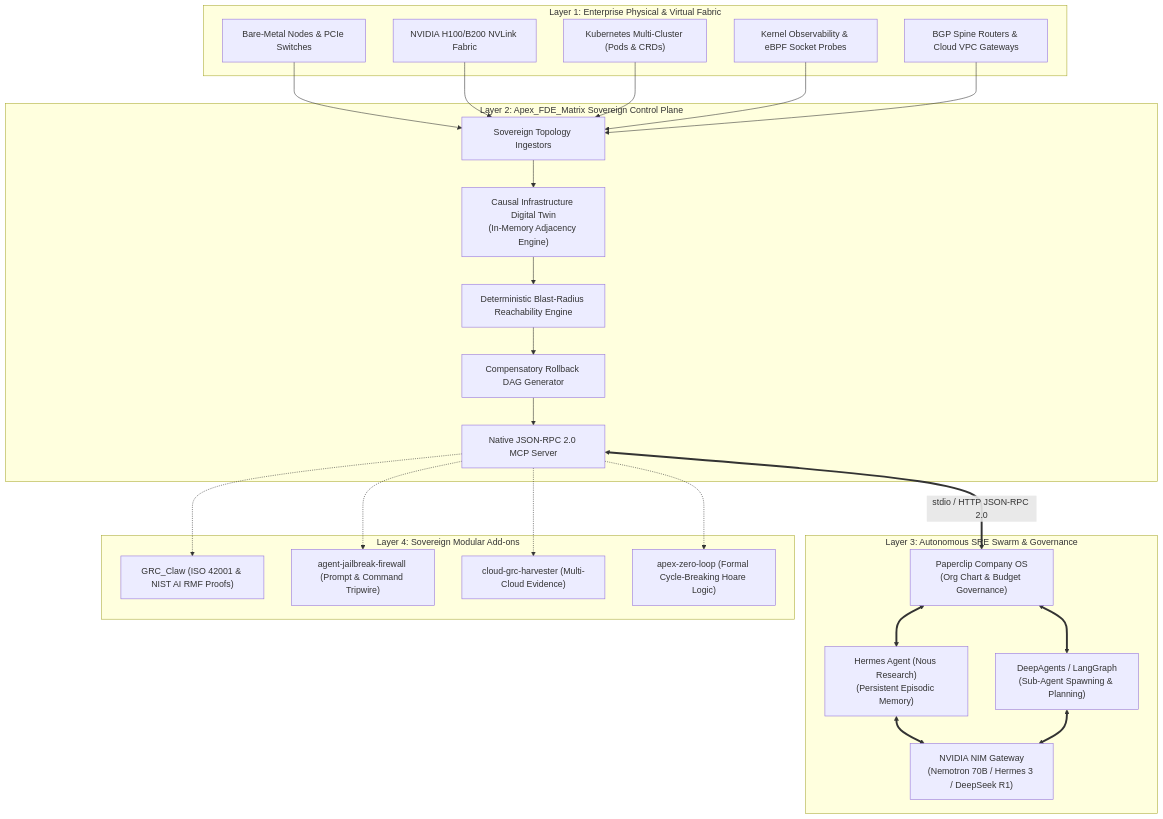
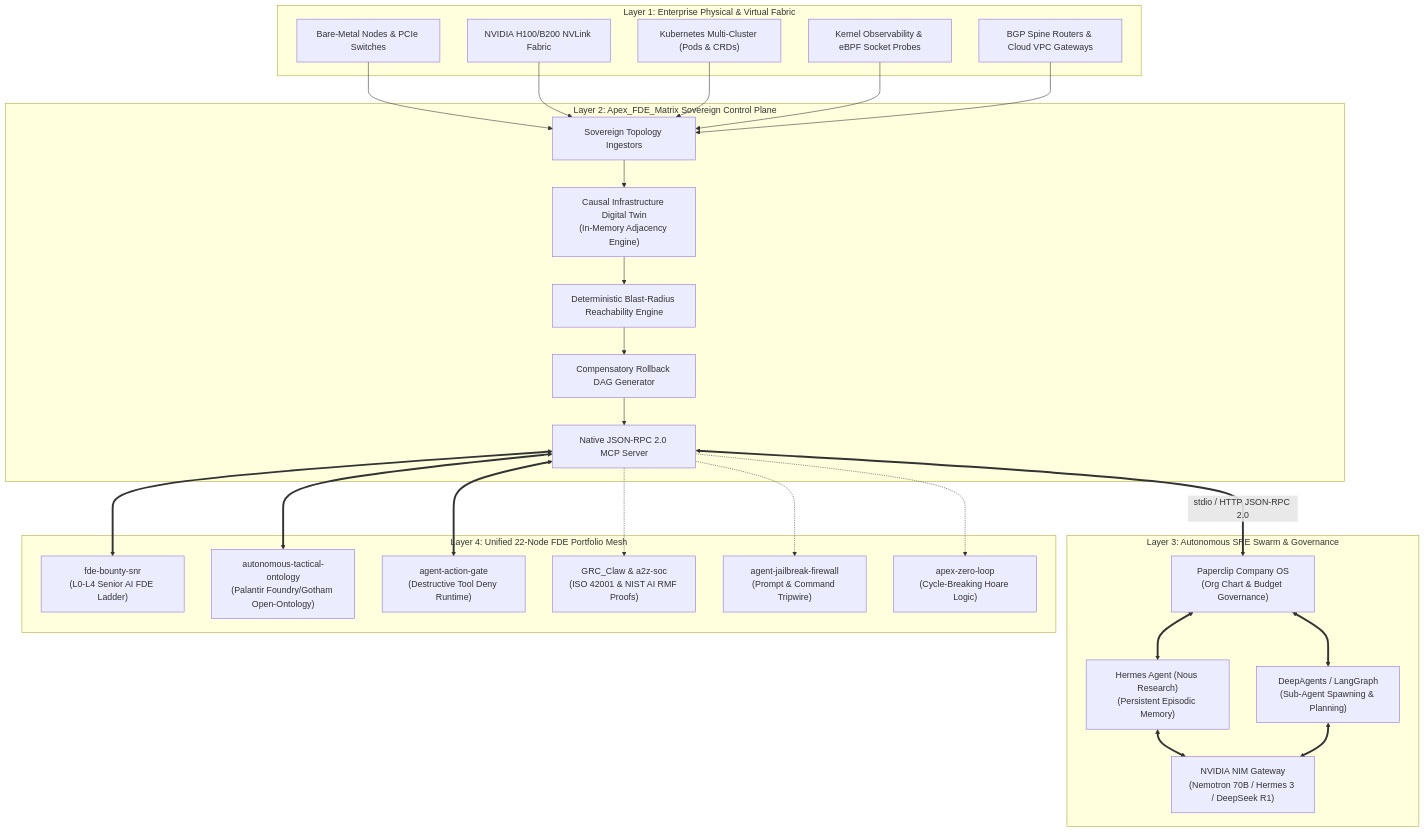
One commit to AAH20/Apex_FDE_Matrix changed the first of 2 diagrams in docs/ARCHITECTURE.md. Above: the diagram before and after it, drawn with Mermaid. The commit also changed other lines of this file and 9 other files, not shown here.

Commit message:
feat: integrate 22-repo sovereign FDE portfolio mesh, Palantir open-ontology exporter, action gate, and sequence diagrams

````diff
--- a/docs/ARCHITECTURE.md
+++ b/docs/ARCHITECTURE.md
@@ -23,54 +23,58 @@
 ```mermaid
 flowchart TD
     subgraph Enterprise_Physical_Virtual ["Layer 1: Enterprise Physical & Virtual Fabric"]
         BM["Bare-Metal Nodes & PCIe Switches"]
         GPU["NVIDIA H100/B200 NVLink Fabric"]
         K8S["Kubernetes Multi-Cluster (Pods & CRDs)"]
         EBPF["Kernel Observability & eBPF Socket Probes"]
         NET["BGP Spine Routers & Cloud VPC Gateways"]
     end
 
     subgraph Matrix_Substrate ["Layer 2: Apex_FDE_Matrix Sovereign Control Plane"]
         INGEST["Sovereign Topology Ingestors"]
         GRAPH["Causal Infrastructure Digital Twin<br/>(In-Memory Adjacency Engine)"]
         BLAST["Deterministic Blast-Radius Reachability Engine"]
         ROLLBACK["Compensatory Rollback DAG Generator"]
         MCP_SERVER["Native JSON-RPC 2.0 MCP Server"]
     end
 
     subgraph Autonomous_Swarm ["Layer 3: Autonomous SRE Swarm & Governance"]
         PC["Paperclip Company OS<br/>(Org Chart & Budget Governance)"]
         HERMES["Hermes Agent (Nous Research)<br/>(Persistent Episodic Memory)"]
         DEEP["DeepAgents / LangGraph<br/>(Sub-Agent Spawning & Planning)"]
         NIM["NVIDIA NIM Gateway<br/>(Nemotron 70B / Hermes 3 / DeepSeek R1)"]
     end
 
-    subgraph Pluggable_Extensions ["Layer 4: Sovereign Modular Add-ons"]
-        GRC["GRC_Claw (ISO 42001 & NIST AI RMF Proofs)"]
-        FW["agent-jailbreak-firewall (Prompt & Command Tripwire)"]
-        HARV["cloud-grc-harvester (Multi-Cloud Evidence)"]
-        ZL["apex-zero-loop (Formal Cycle-Breaking Hoare Logic)"]
+    subgraph Sovereign_FDE_Mesh ["Layer 4: Unified 22-Node FDE Portfolio Mesh"]
+        FDE_BNT["fde-bounty-snr<br/>(L0-L4 Senior AI FDE Ladder)"]
+        TACT_ONT["autonomous-tactical-ontology<br/>(Palantir Foundry/Gotham Open-Ontology)"]
+        ACT_GATE["agent-action-gate<br/>(Destructive Tool Deny Runtime)"]
+        GRC["GRC_Claw & a2z-soc<br/>(ISO 42001 & NIST AI RMF Proofs)"]
+        FW["agent-jailbreak-firewall<br/>(Prompt & Command Tripwire)"]
+        ZL["apex-zero-loop<br/>(Cycle-Breaking Hoare Logic)"]
     end
 
     BM --> INGEST
     GPU --> INGEST
     K8S --> INGEST
     EBPF --> INGEST
     NET --> INGEST
 
     INGEST --> GRAPH
     GRAPH --> BLAST
     BLAST --> ROLLBACK
     ROLLBACK --> MCP_SERVER
 
     MCP_SERVER <== "stdio / HTTP JSON-RPC 2.0" ==> PC
     PC <==> HERMES
     PC <==> DEEP
     HERMES <==> NIM
     DEEP <==> NIM
 
+    MCP_SERVER <==> FDE_BNT
+    MCP_SERVER <==> TACT_ONT
+    MCP_SERVER <==> ACT_GATE
     MCP_SERVER -.-> GRC
     MCP_SERVER -.-> FW
-    MCP_SERVER -.-> HARV
     MCP_SERVER -.-> ZL
 ```
````
